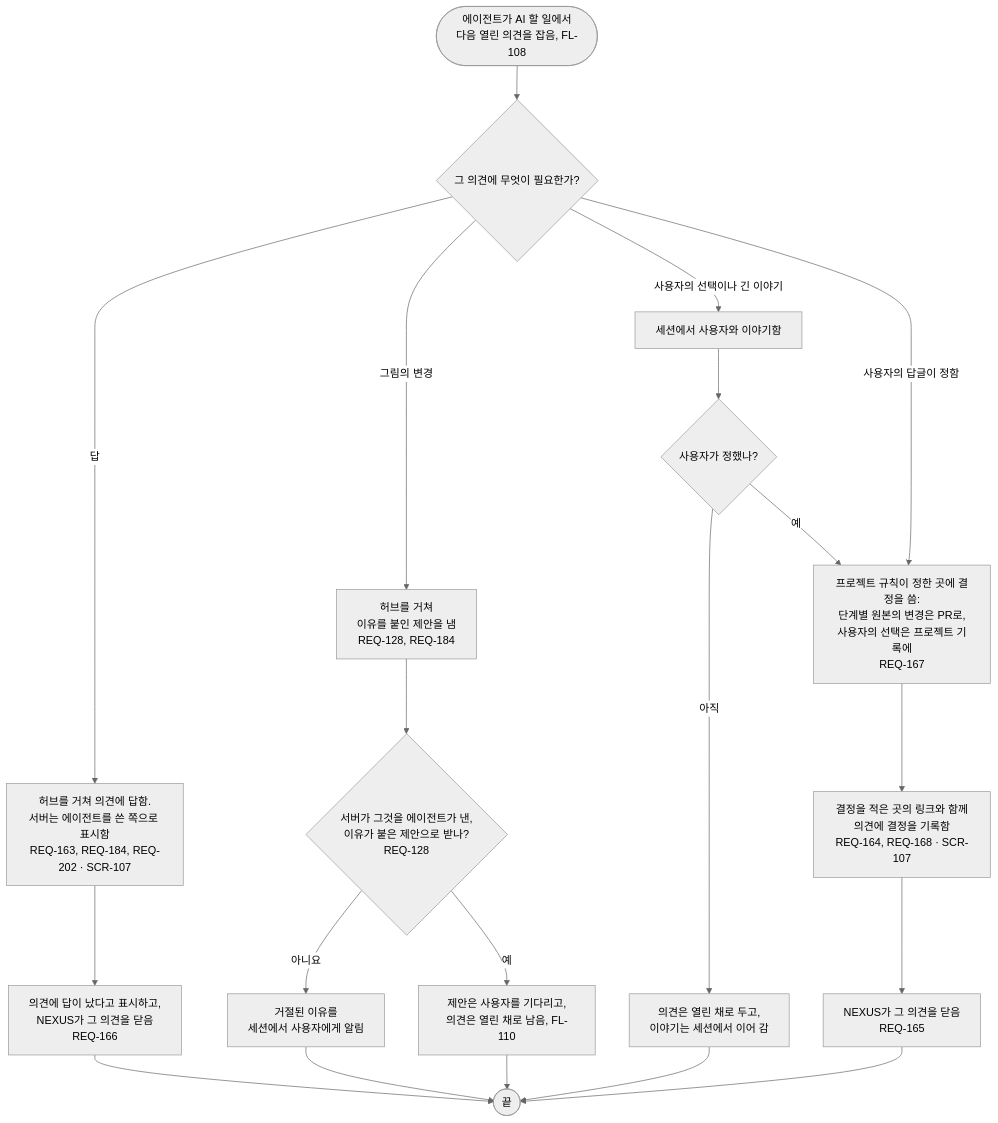
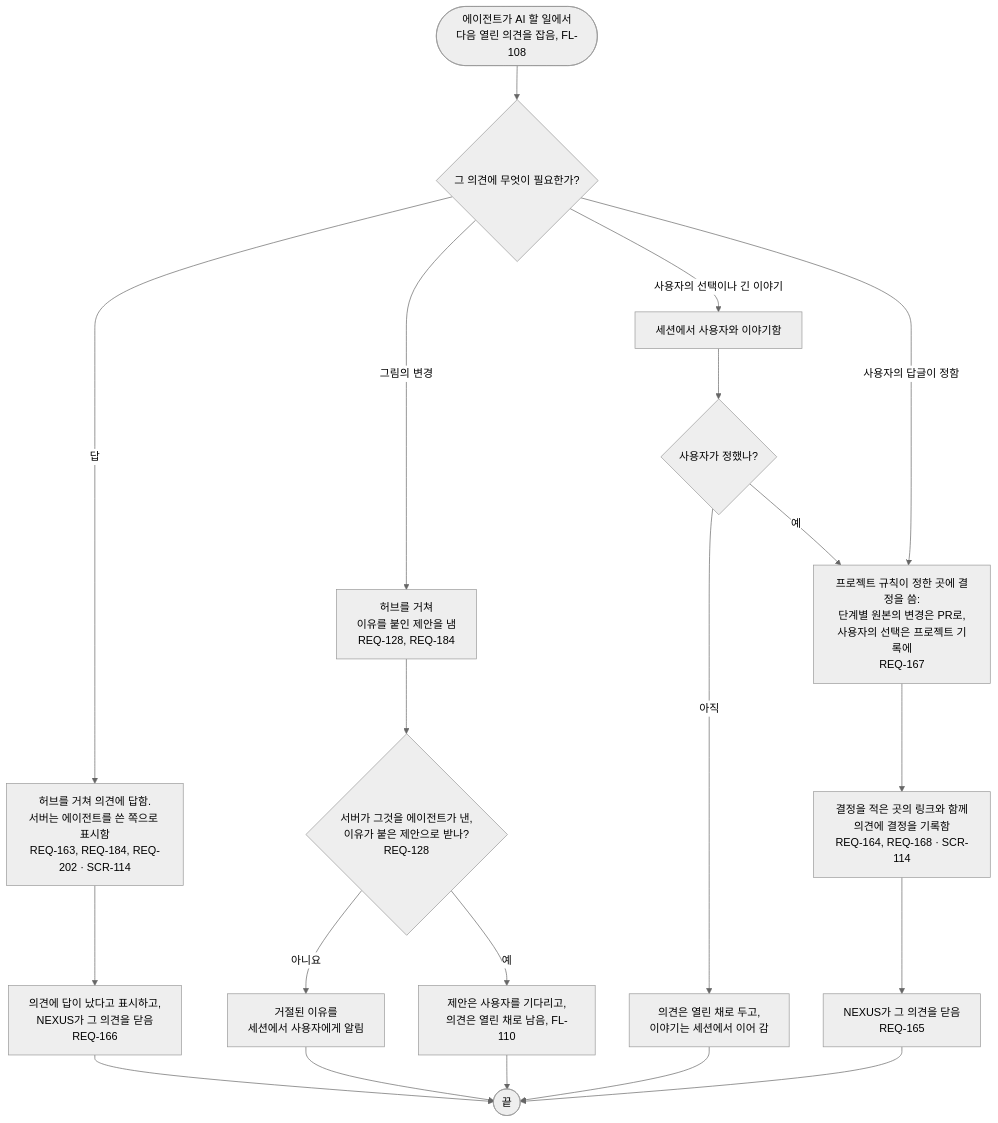
The diagram in docs/03-user-flow/nexus/FL-109-answer-a-comment.ko.md (kodonghui/corthex-nexus), drawn with Mermaid (neutral theme) before and after one commit. The commit also changed other lines of this file and 19 other files, not shown here.

First line of the commit message:
docs(nexus): remove 0.2's screens from the sitemap and name the redesign's in five flows (TASK-278)

````diff
--- a/docs/03-user-flow/nexus/FL-109-answer-a-comment.ko.md
+++ b/docs/03-user-flow/nexus/FL-109-answer-a-comment.ko.md
@@ -9,22 +9,22 @@
 ```mermaid
 flowchart TD
   A(["에이전트가 AI 할 일에서<br/>다음 열린 의견을 잡음, FL-108"]) --> B{"그 의견에 무엇이 필요한가?"}
-  B -->|답| C["허브를 거쳐 의견에 답함.<br/>서버는 에이전트를 쓴 쪽으로 표시함<br/>REQ-163, REQ-184, REQ-202 · SCR-107"]
+  B -->|답| C["허브를 거쳐 의견에 답함.<br/>서버는 에이전트를 쓴 쪽으로 표시함<br/>REQ-163, REQ-184, REQ-202 · SCR-114"]
   C --> C1["의견에 답이 났다고 표시하고,<br/>NEXUS가 그 의견을 닫음<br/>REQ-166"]
   C1 --> Z(["끝"])
   B -->|그림의 변경| D["허브를 거쳐<br/>이유를 붙인 제안을 냄<br/>REQ-128, REQ-184"]
   D --> D1{"서버가 그것을 에이전트가 낸,<br/>이유가 붙은 제안으로 받나?<br/>REQ-128"}
   D1 -->|아니요| D2["거절된 이유를<br/>세션에서 사용자에게 알림"]
   D2 --> Z
   D1 -->|예| D3["제안은 사용자를 기다리고,<br/>의견은 열린 채로 남음, FL-110"]
   D3 --> Z
   B -->|사용자의 선택이나 긴 이야기| E["세션에서 사용자와 이야기함"]
   E --> F{"사용자가 정했나?"}
   F -->|아직| F1["의견은 열린 채로 두고,<br/>이야기는 세션에서 이어 감"]
   F1 --> Z
   B -->|사용자의 답글이 정함| G
   F -->|예| G["프로젝트 규칙이 정한 곳에 결정을 씀:<br/>단계별 원본의 변경은 PR로,<br/>사용자의 선택은 프로젝트 기록에<br/>REQ-167"]
-  G --> H["결정을 적은 곳의 링크와 함께<br/>의견에 결정을 기록함<br/>REQ-164, REQ-168 · SCR-107"]
+  G --> H["결정을 적은 곳의 링크와 함께<br/>의견에 결정을 기록함<br/>REQ-164, REQ-168 · SCR-114"]
   H --> I["NEXUS가 그 의견을 닫음<br/>REQ-165"]
   I --> Z
 ```
````
